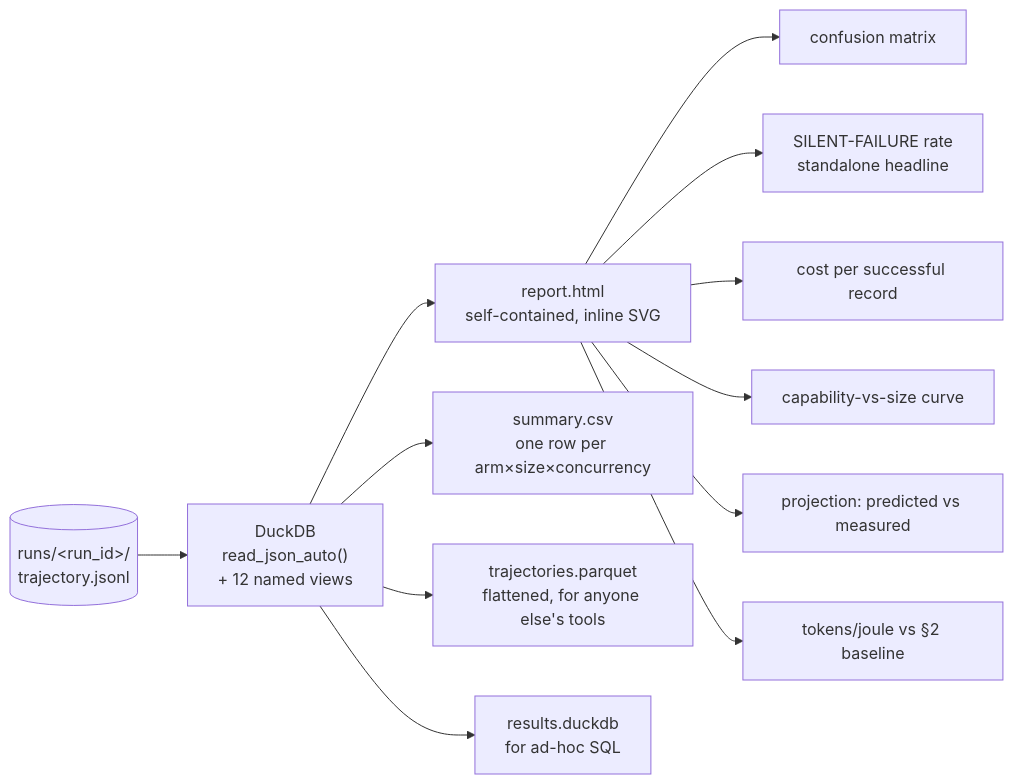
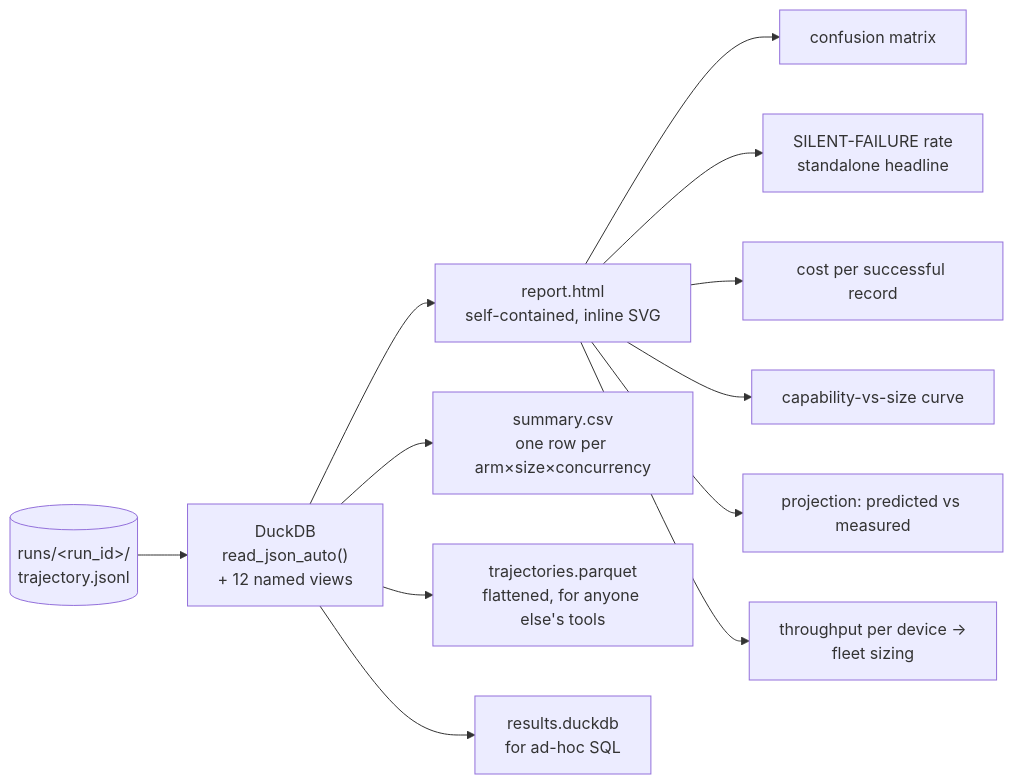
The fourth of 9 diagrams in docs/architecture.md (AllenHoem/coastal-ai-synthesis), drawn with Mermaid before and after one commit. The commit also changed other lines of this file and 8 other files, not shown here.

````diff
--- a/docs/architecture.md
+++ b/docs/architecture.md
@@ -178,17 +184,17 @@
 ```mermaid
 flowchart LR
     J[("runs/&lt;run_id&gt;/<br/>trajectory.jsonl")]
     D["DuckDB<br/>read_json_auto()<br/>+ 12 named views"]
     J --> D
     D --> R["report.html<br/>self-contained, inline SVG"]
     D --> C["summary.csv<br/>one row per arm×size×concurrency"]
     D --> P["trajectories.parquet<br/>flattened, for anyone else's tools"]
     D --> DB["results.duckdb<br/>for ad-hoc SQL"]
 
     R --> V1["confusion matrix"]
     R --> V2["SILENT-FAILURE rate<br/>standalone headline"]
     R --> V3["cost per successful record"]
     R --> V4["capability-vs-size curve"]
     R --> V5["projection: predicted vs measured"]
-    R --> V6["tokens/joule vs §2 baseline"]
+    R --> V6["throughput per device →<br/>fleet sizing"]
 ```
````
